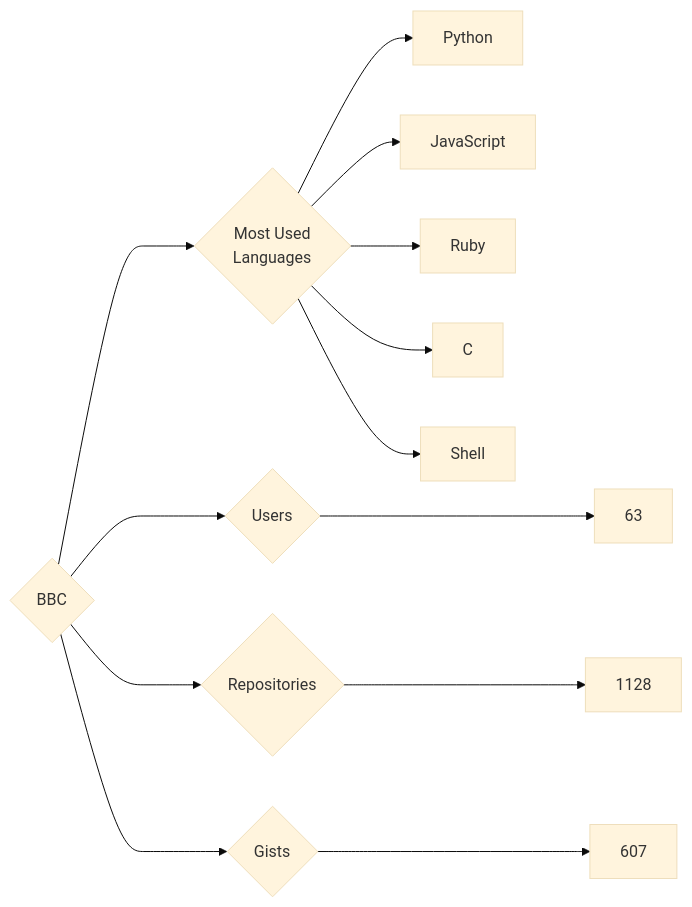
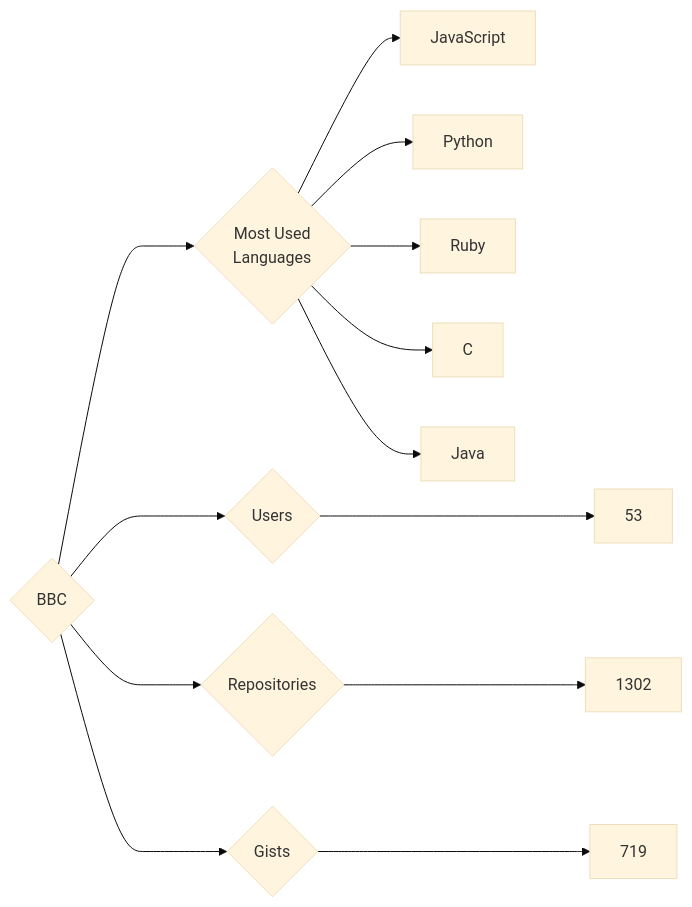
The diagram in targets/BBC/README.md (trickest/insiders), drawn with Mermaid (base theme) before and after one commit. The commit also changed 629 other files, not shown here.

````diff
--- a/targets/BBC/README.md
+++ b/targets/BBC/README.md
@@ -3,13 +3,13 @@
 ```mermaid
 graph LR
 COMPANY_NAME{BBC}
-COMPANY_NAME ---> U{Users} ---> UN[63]
-COMPANY_NAME ---> R{Repositories} ---> RN[1128]
-COMPANY_NAME ---> G{Gists} ---> GN[607]
+COMPANY_NAME ---> U{Users} ---> UN[53]
+COMPANY_NAME ---> R{Repositories} ---> RN[1302]
+COMPANY_NAME ---> G{Gists} ---> GN[719]
 COMPANY_NAME ---> ML{Most Used<br>Languages}
+ML --> JavaScript[JavaScript]
 ML --> Python[Python]
-ML --> JavaScript[JavaScript]
 ML --> Ruby[Ruby]
 ML --> C[C]
-ML --> Shell[Shell]
+ML --> Java[Java]
 ```
````
